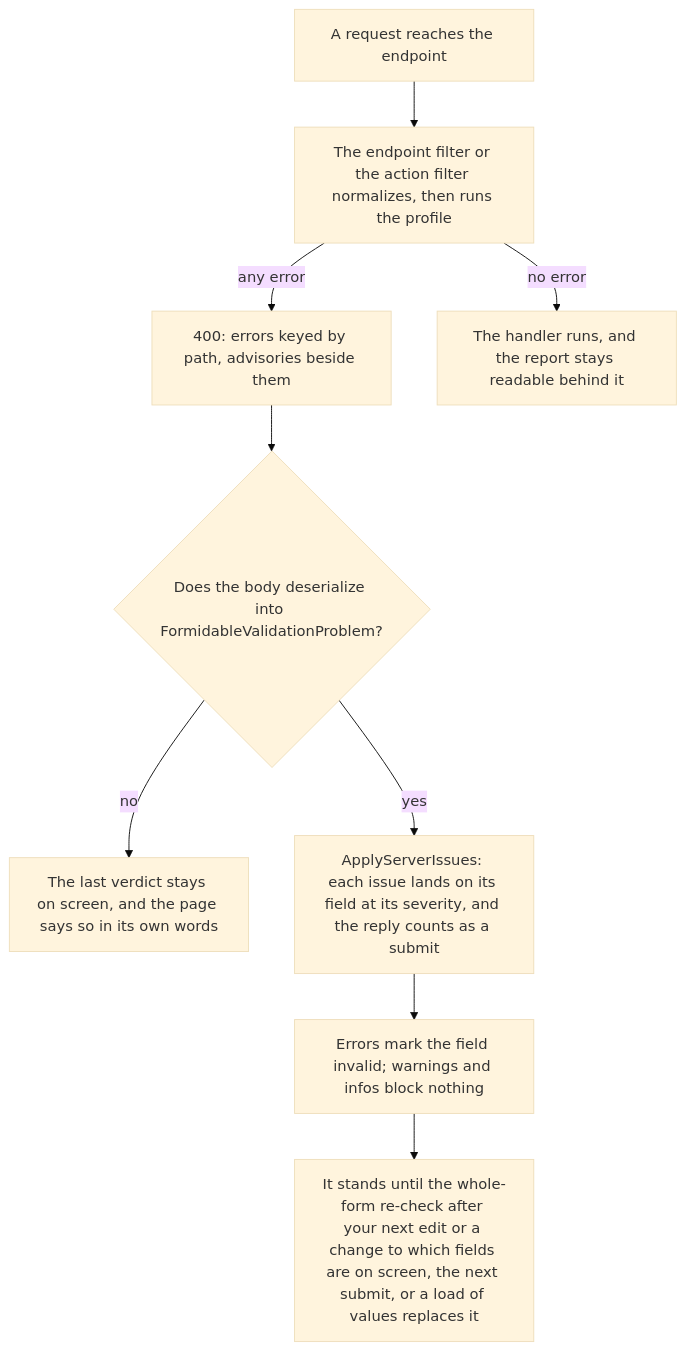
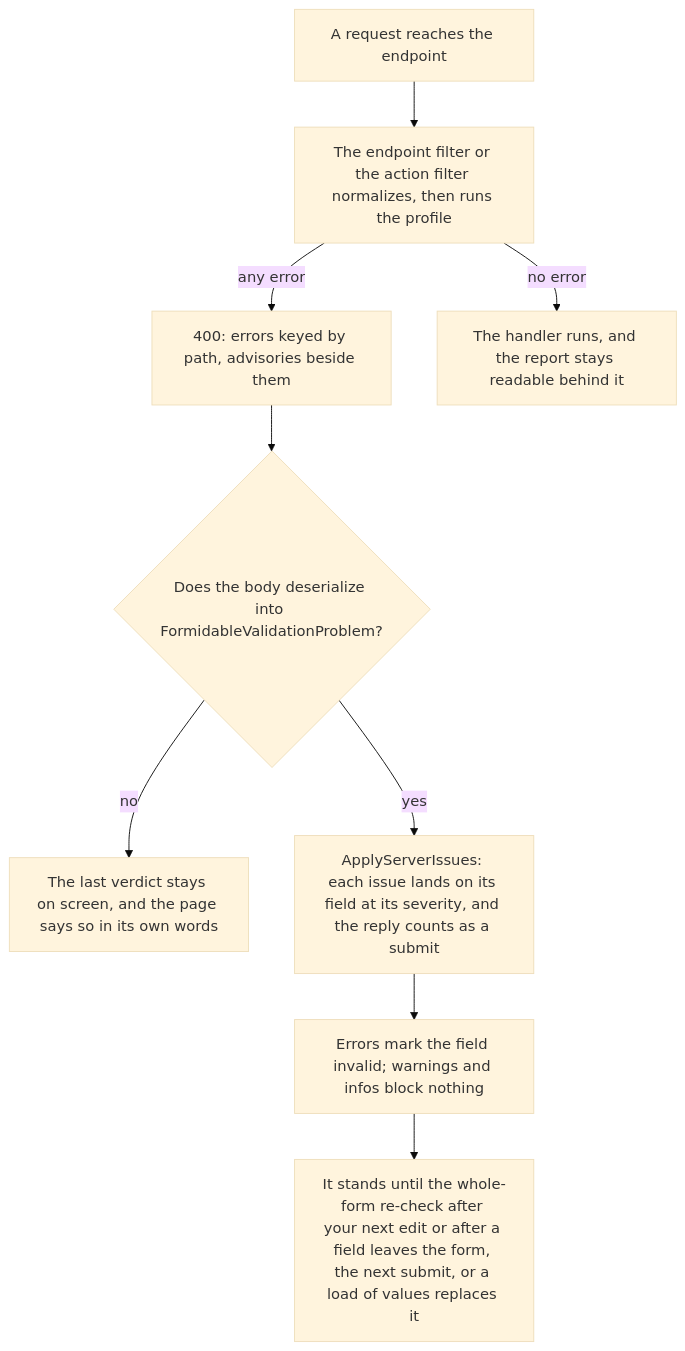
The diagram in docs/server-integration.md (xfunc-pty-ltd/formidable), drawn with Mermaid (base theme) before and after one commit. The commit also changed other lines of this file and 12 other files, not shown here.

First line of the commit message:
fix(blazor): keep a server reply when a field joins the form

````diff
--- a/docs/server-integration.md
+++ b/docs/server-integration.md
@@ -17,11 +17,11 @@
 ```mermaid
 flowchart TD
     REQ["A request reaches the endpoint"] --> AD["The endpoint filter or the action filter normalizes, then runs the profile"]
     AD -- "any error" --> R400["400: errors keyed by path, advisories beside them"]
     AD -- "no error" --> R200["The handler runs, and the report stays readable behind it"]
     R400 --> GUARD{"Does the body deserialize into FormidableValidationProblem?"}
     GUARD -- "no" --> KEEP["The last verdict stays on screen, and the page says so in its own words"]
     GUARD -- "yes" --> APPLY["ApplyServerIssues: each issue lands on its field at its severity, and the reply counts as a submit"]
     APPLY --> SHOW["Errors mark the field invalid; warnings and infos block nothing"]
-    SHOW --> CLEAR["It stands until the whole-form re-check after your next edit or a change to which fields are on screen, the next submit, or a load of values replaces it"]
+    SHOW --> CLEAR["It stands until the whole-form re-check after your next edit or after a field leaves the form, the next submit, or a load of values replaces it"]
 ```
````
